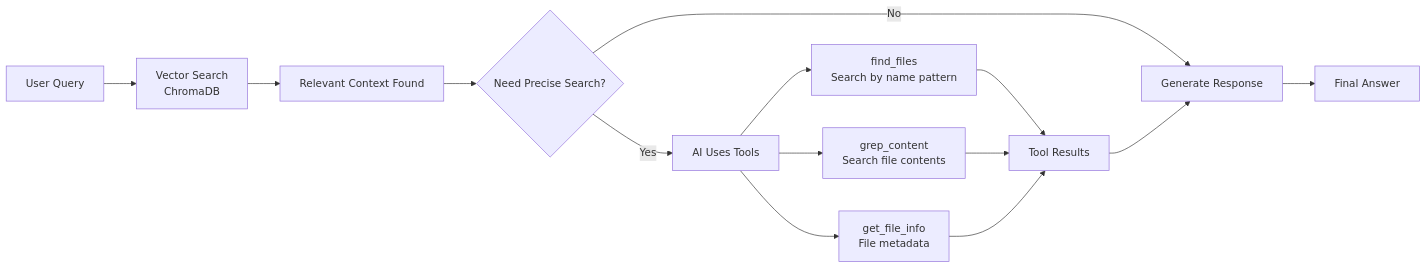
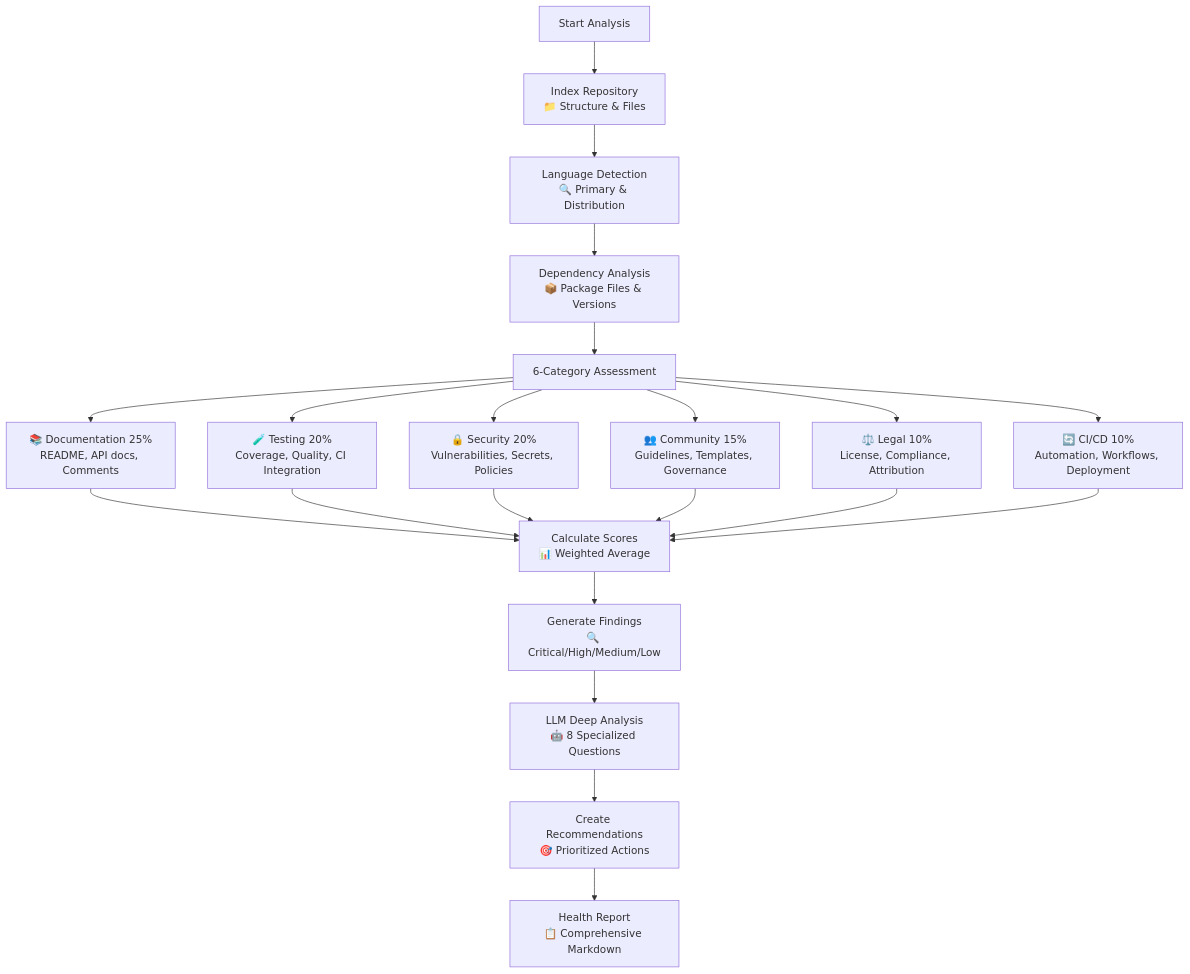
Before and after one commit to AoifeHughes/LLM-Repo-Reviewer: the fourth of 4 diagrams in README.md, drawn with Mermaid. The commit also changed other lines of this file and 16 other files, not shown here.

First line of the commit message:
Add health analysis tools for LLM integration

````diff
--- a/README.md
+++ b/README.md
@@ -76,18 +141,26 @@
 ```mermaid
-graph LR
-    A[User Query] --> B[Vector Search<br/>ChromaDB]
-    B --> C[Relevant Context Found]
-    C --> D{Need Precise Search?}
-    D -->|Yes| E[AI Uses Tools]
-    D -->|No| F[Generate Response]
+flowchart TD
+    A[Start Analysis] --> B[Index Repository<br/>📁 Structure & Files]
+    B --> C[Language Detection<br/>🔍 Primary & Distribution]
+    C --> D[Dependency Analysis<br/>📦 Package Files & Versions]
+    D --> E[6-Category Assessment]
 
-    E --> G[find_files<br/>Search by name pattern]
-    E --> H[grep_content<br/>Search file contents]
-    E --> I[get_file_info<br/>File metadata]
+    E --> F1[📚 Documentation 25%<br/>README, API docs, Comments]
+    E --> F2[🧪 Testing 20%<br/>Coverage, Quality, CI Integration]
+    E --> F3[🔒 Security 20%<br/>Vulnerabilities, Secrets, Policies]
+    E --> F4[👥 Community 15%<br/>Guidelines, Templates, Governance]
+    E --> F5[⚖️ Legal 10%<br/>License, Compliance, Attribution]
+    E --> F6[🔄 CI/CD 10%<br/>Automation, Workflows, Deployment]
 
-    G --> J[Tool Results]
-    H --> J
-    I --> J
-    J --> F
-    F --> K[Final Answer]
+    F1 --> G[Calculate Scores<br/>📊 Weighted Average]
+    F2 --> G
+    F3 --> G
+    F4 --> G
+    F5 --> G
+    F6 --> G
+
+    G --> H[Generate Findings<br/>🔍 Critical/High/Medium/Low]
+    H --> I[LLM Deep Analysis<br/>🤖 8 Specialized Questions]
+    I --> J[Create Recommendations<br/>🎯 Prioritized Actions]
+    J --> K[Health Report<br/>📋 Comprehensive Markdown]
 ```
````
